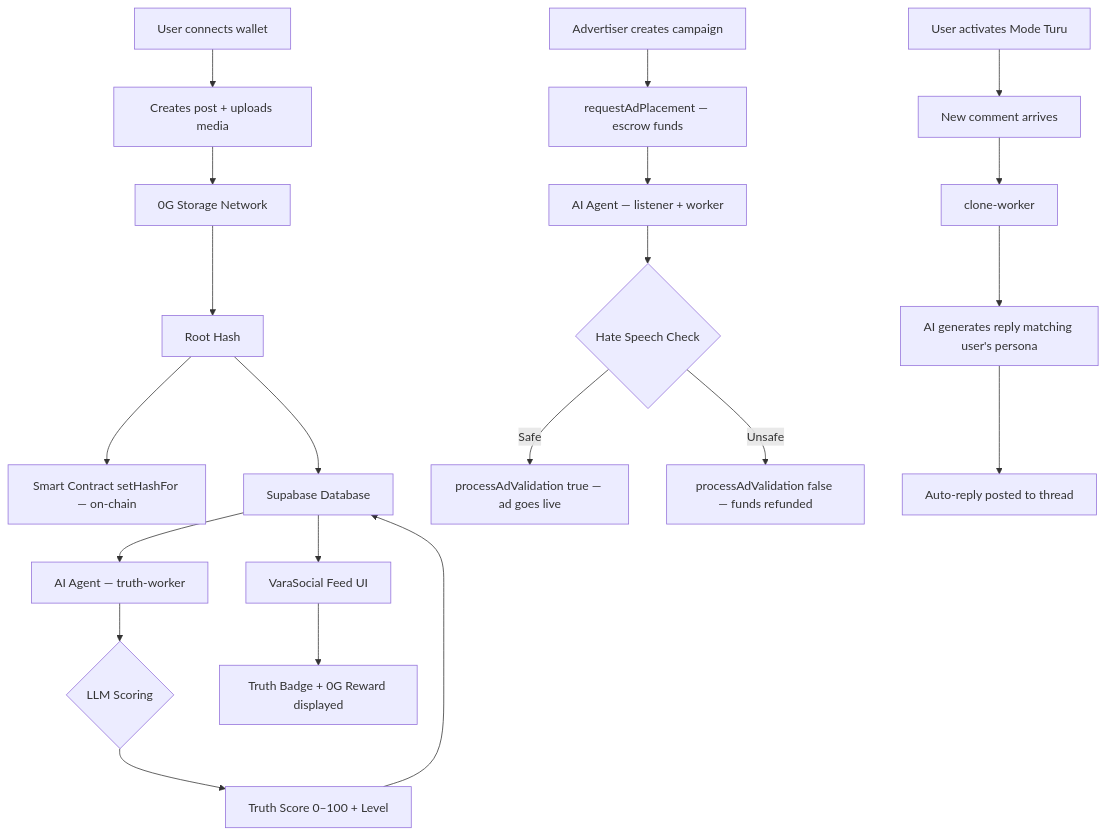
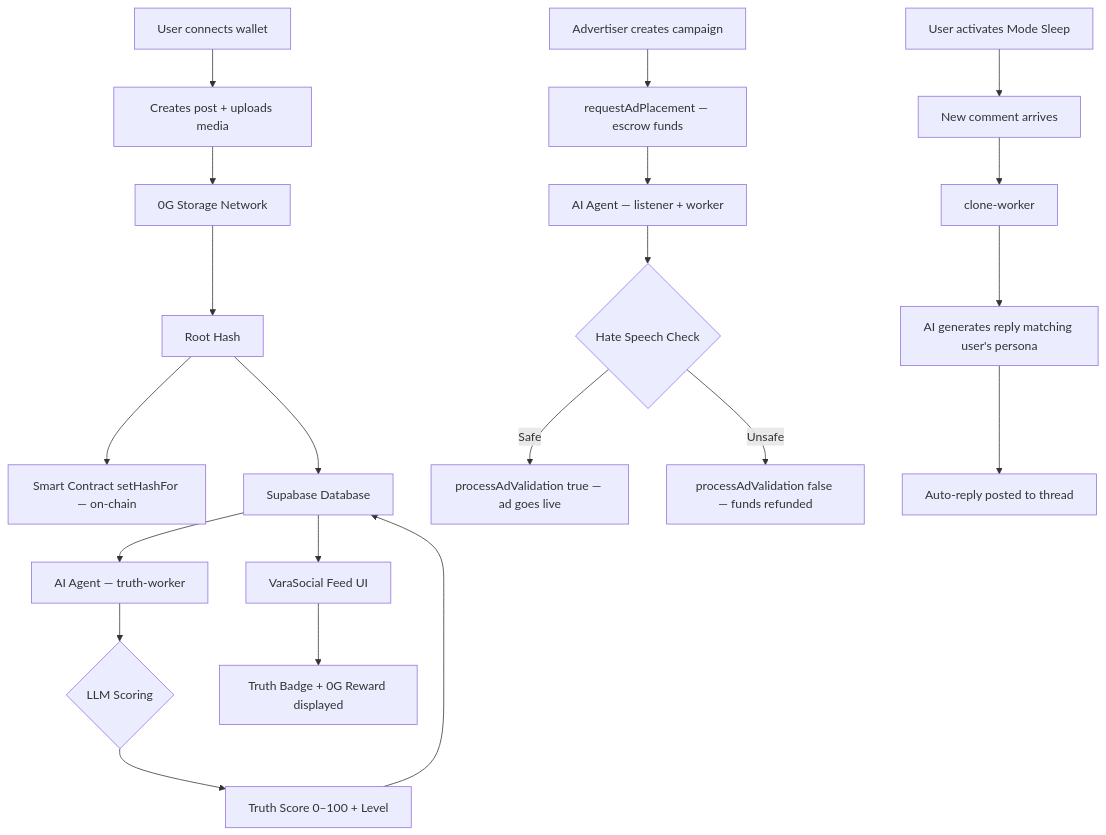
The diagram in README.md (artomily/varasocial), drawn with Mermaid before and after one commit. The commit also changed other lines of this file, not shown here.

Commit message:
fix: update feature name from "Mode Turu" to "Mode Sleep" in README.md

````diff
--- a/README.md
+++ b/README.md
@@ -144,25 +144,25 @@
 ```mermaid
 flowchart TD
   A[User connects wallet] --> B[Creates post + uploads media]
   B --> C[0G Storage Network]
   C --> D[Root Hash]
   D --> E[Smart Contract setHashFor — on-chain]
   D --> F[Supabase Database]
   F --> G[AI Agent — truth-worker]
   G --> H{LLM Scoring}
   H --> I[Truth Score 0–100 + Level]
   I --> F
   F --> J[VaraSocial Feed UI]
   J --> K[Truth Badge + 0G Reward displayed]
 
   L[Advertiser creates campaign] --> M[requestAdPlacement — escrow funds]
   M --> N[AI Agent — listener + worker]
   N --> O{Hate Speech Check}
   O -->|Safe| P[processAdValidation true — ad goes live]
   O -->|Unsafe| Q[processAdValidation false — funds refunded]
 
-  R[User activates Mode Turu] --> S[New comment arrives]
+  R[User activates Mode Sleep] --> S[New comment arrives]
   S --> T[clone-worker]
   T --> U[AI generates reply matching user's persona]
   U --> V[Auto-reply posted to thread]
 ```
````
